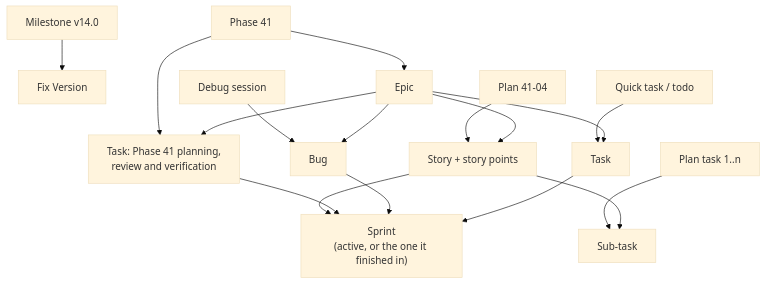
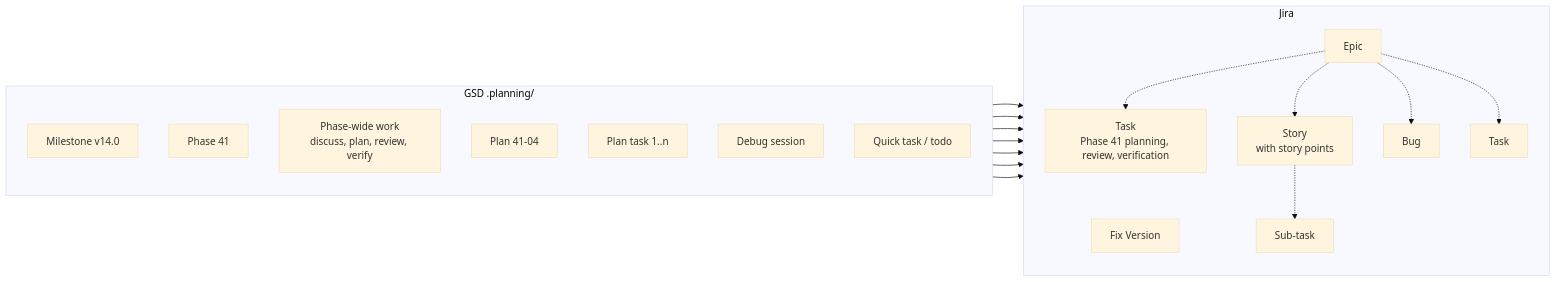
The third of 3 diagrams in README.md (EchoSilo/jira-sync), drawn with Mermaid (base theme) before and after one commit. The commit also changed other lines of this file, not shown here.

Commit message:
docs: redraw GSD-to-Jira mapping as two clear columns

````diff
--- a/README.md
+++ b/README.md
@@ -94,13 +96,35 @@
 ```mermaid
-flowchart TD
-    M["Milestone v14.0"] --> FV["Fix Version"]
-    P["Phase 41"] --> E["Epic"]
-    P --> OPS["Task: Phase 41 planning,<br/>review and verification"]
-    PL["Plan 41-04"] --> S["Story + story points"]
-    T["Plan task 1..n"] --> ST["Sub-task"]
-    D["Debug session"] --> B["Bug"]
-    Q["Quick task / todo"] --> TK["Task"]
-    E --> OPS & S & B & TK
-    S --> ST
-    S & OPS & B & TK --> SP["Sprint<br/>(active, or the one it finished in)"]
+flowchart LR
+    subgraph G["GSD .planning/"]
+        direction TB
+        M["Milestone v14.0"]
+        P["Phase 41"]
+        PW["Phase-wide work<br/>discuss, plan, review, verify"]
+        PL["Plan 41-04"]
+        T["Plan task 1..n"]
+        D["Debug session"]
+        Q["Quick task / todo"]
+    end
+    subgraph J["Jira"]
+        direction TB
+        FV["Fix Version"]
+        E["Epic"]
+        OPS["Task<br/>Phase 41 planning, review, verification"]
+        S["Story<br/>with story points"]
+        ST["Sub-task"]
+        B["Bug"]
+        TK["Task"]
+    end
+    M --> FV
+    P --> E
+    PW --> OPS
+    PL --> S
+    T --> ST
+    D --> B
+    Q --> TK
+    E -.-> OPS
+    E -.-> S
+    E -.-> B
+    E -.-> TK
+    S -.-> ST
 ```
````
